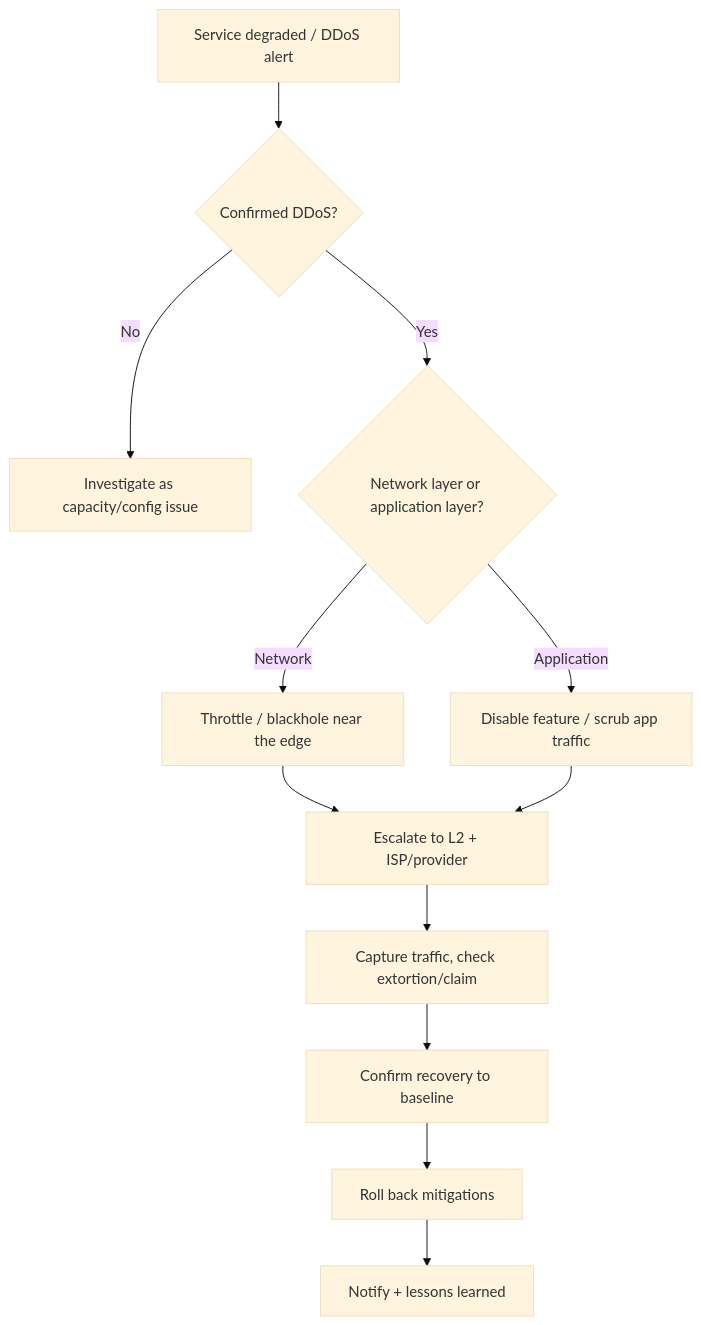
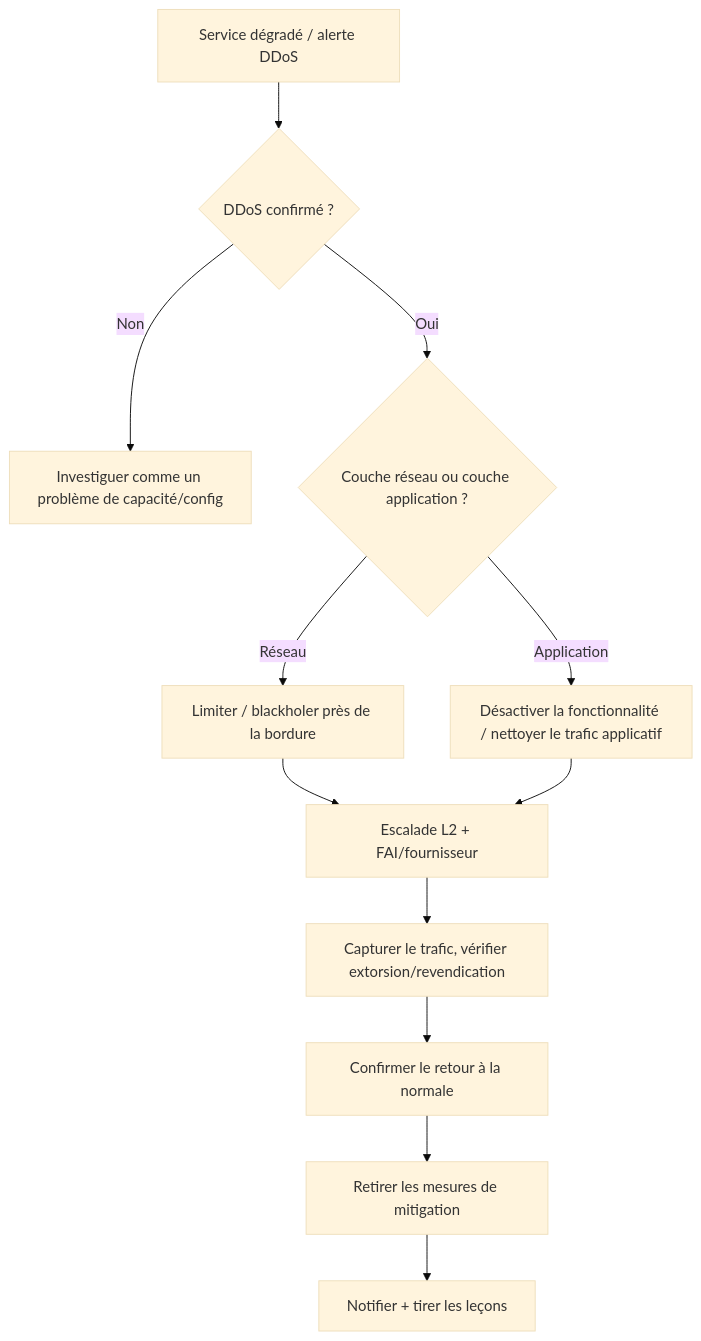
Before and after one commit to MiracleDvm/ir-firstline: the diagram in docs/fr/runbooks/ddos.md, drawn with Mermaid (base theme). The commit also changed 11 other files, not shown here.

Commit message:
Translate Mermaid decision tree labels into French on all FR runbooks

````diff
--- a/docs/fr/runbooks/ddos.md
+++ b/docs/fr/runbooks/ddos.md
@@ -27,14 +27,14 @@
 ```mermaid
 flowchart TD
-    A[Service degraded / DDoS alert] --> B{Confirmed DDoS?}
-    B -->|No| C[Investigate as capacity/config issue]
-    B -->|Yes| D{Network layer or application layer?}
-    D -->|Network| E[Throttle / blackhole near the edge]
-    D -->|Application| F[Disable feature / scrub app traffic]
-    E --> G[Escalate to L2 + ISP/provider]
+    A[Service dégradé / alerte DDoS] --> B{DDoS confirmé ?}
+    B -->|Non| C[Investiguer comme un problème de capacité/config]
+    B -->|Oui| D{Couche réseau ou couche application ?}
+    D -->|Réseau| E[Limiter / blackholer près de la bordure]
+    D -->|Application| F[Désactiver la fonctionnalité / nettoyer le trafic applicatif]
+    E --> G[Escalade L2 + FAI/fournisseur]
     F --> G
-    G --> H[Capture traffic, check extortion/claim]
-    H --> I[Confirm recovery to baseline]
-    I --> J[Roll back mitigations]
-    J --> K[Notify + lessons learned]
+    G --> H[Capturer le trafic, vérifier extorsion/revendication]
+    H --> I[Confirmer le retour à la normale]
+    I --> J[Retirer les mesures de mitigation]
+    J --> K[Notifier + tirer les leçons]
 ```
````
